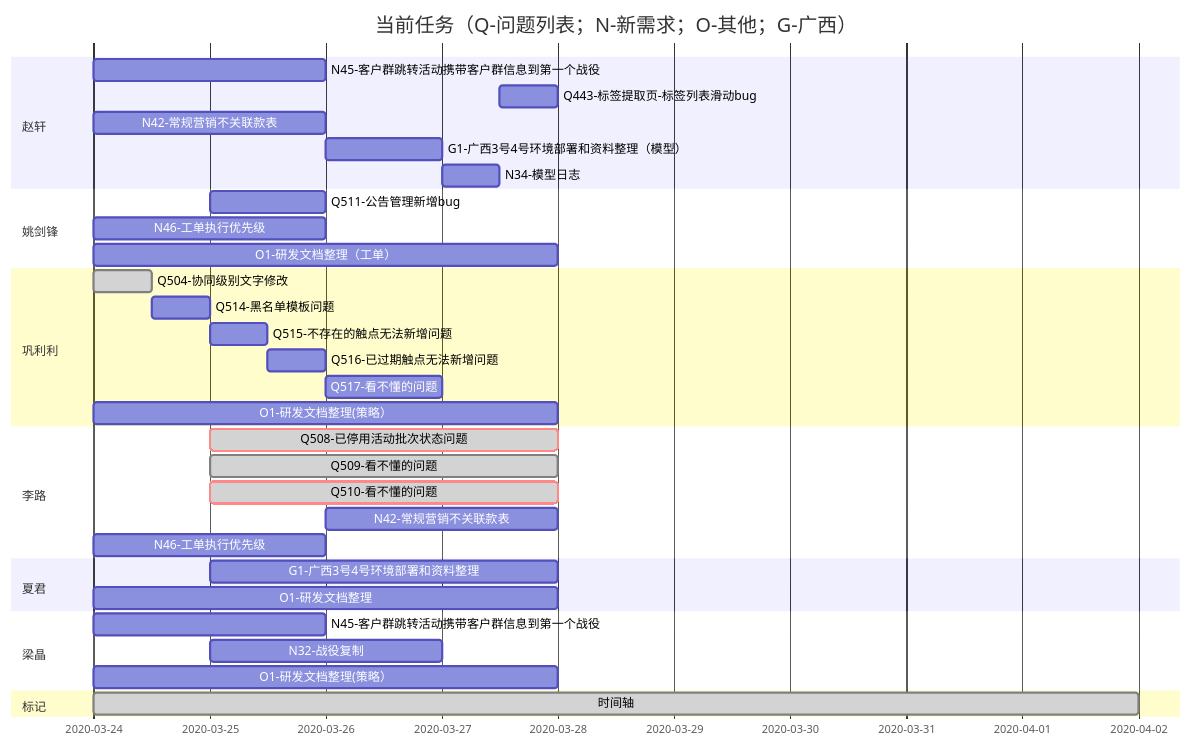
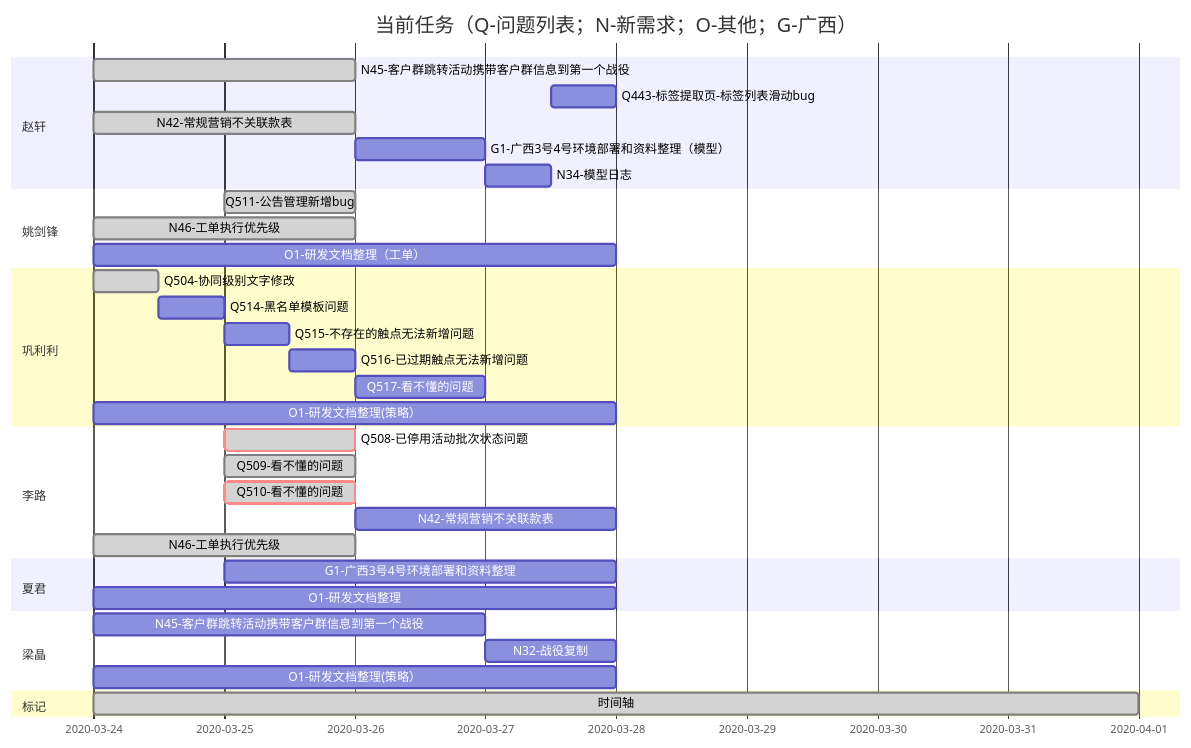
One commit to dudu-du/files changed the diagram in 任务跟进.md. Above: the diagram before and after it, drawn with Mermaid.

````diff
--- a/任务跟进.md
+++ b/任务跟进.md
@@ -2,44 +2,44 @@
 ```mermaid
 gantt         
        dateFormat  MM-DD
        title 当前任务（Q-问题列表；N-新需求；O-其他；G-广西）
 
        section 赵轩
-       N45-客户群跳转活动携带客户群信息到第一个战役 :zx6,03-24,2d
+       N45-客户群跳转活动携带客户群信息到第一个战役 :done,zx6,03-24,2d
        Q443-标签提取页-标签列表滑动bug:zx2,after zx5,12h
-       N42-常规营销不关联款表 :zx3,03-24,2d
+       N42-常规营销不关联款表 :done,zx3,03-24,2d
        G1-广西3号4号环境部署和资料整理（模型） :zx4,after zx6,03-27
        N34-模型日志 :zx5,03-27,12h
        
        section 姚剑锋
-       Q511-公告管理新增bug :yjf1,03-25,1d
-       N46-工单执行优先级:yjf2,03-24,03-26
+       Q511-公告管理新增bug :done,yjf1,03-25,1d
+       N46-工单执行优先级:done,yjf2,03-24,03-26
        O1-研发文档整理（工单） :yjf3,03-24,03-28
        
        section 巩利利
        Q504-协同级别文字修改 :done,gll1,03-24,12h
        Q514-黑名单模板问题 :gll2,after gll1,12h
        Q515-不存在的触点无法新增问题 :gll3,after gll2,12h
        Q516-已过期触点无法新增问题 :gll4,after gll3,12h
        Q517-看不懂的问题 :gll5,after gll4,1d
        O1-研发文档整理(策略） :gll6,03-24,03-28
 
        section 李路
-       Q508-已停用活动批次状态问题 :done,crit,lll1,03-25,3d
-       Q509-看不懂的问题 :done,lll2,03-25,3d
-       Q510-看不懂的问题 :done,crit,lll3,03-25,3d
+       Q508-已停用活动批次状态问题 :done,crit,lll1,03-25,1d
+       Q509-看不懂的问题 :done,lll2,03-25,1d
+       Q510-看不懂的问题 :done,crit,lll3,03-25,1d
        N42-常规营销不关联款表 :lll4,after zx3,03-28
-       N46-工单执行优先级:lll5,03-24,03-26
+       N46-工单执行优先级:done,lll5,03-24,03-26
        
        section 夏君
        G1-广西3号4号环境部署和资料整理 :xj1,03-25,3d
        O1-研发文档整理 :xj2,03-24,03-28
        
        section 梁晶
-       N45-客户群跳转活动携带客户群信息到第一个战役 :lj1,03-24,2d
-       N32-战役复制 :lj2,03-25,2d
+       N45-客户群跳转活动携带客户群信息到第一个战役 :lj1,03-24,3d
+       N32-战役复制 :lj2,after lj1,1d
        O1-研发文档整理(策略） :lj3,03-24,03-28
       
        section 标记
-       时间轴:done,taskN,03-24,9d
+       时间轴:done,taskN,03-24,8d
 ```
````
